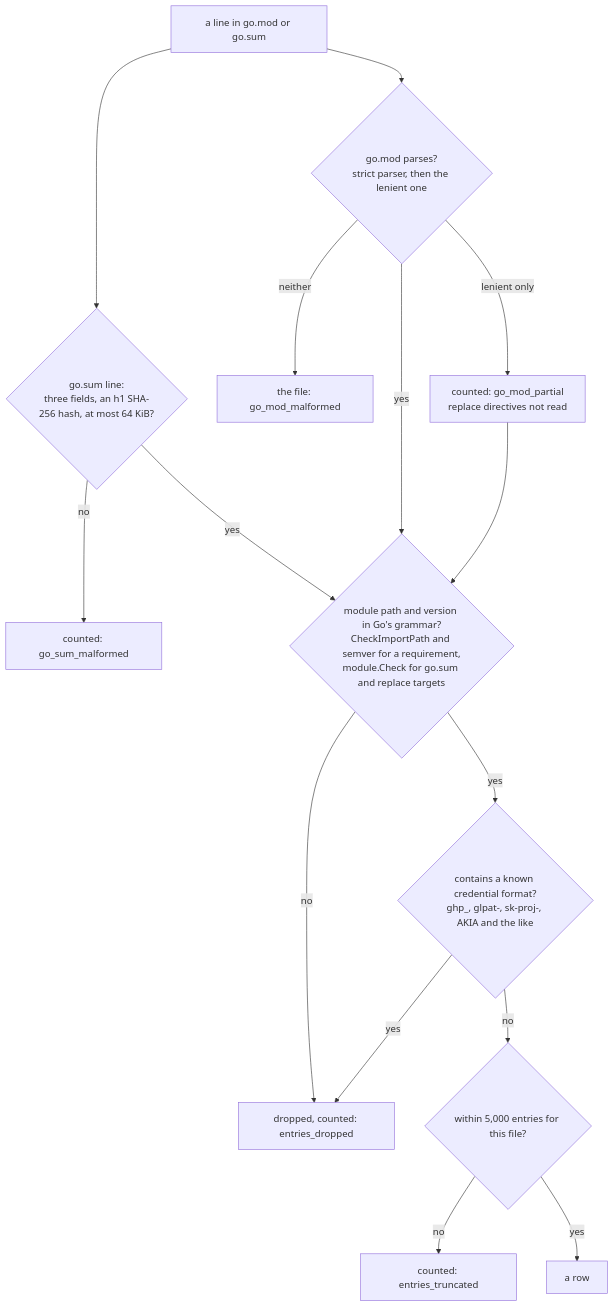
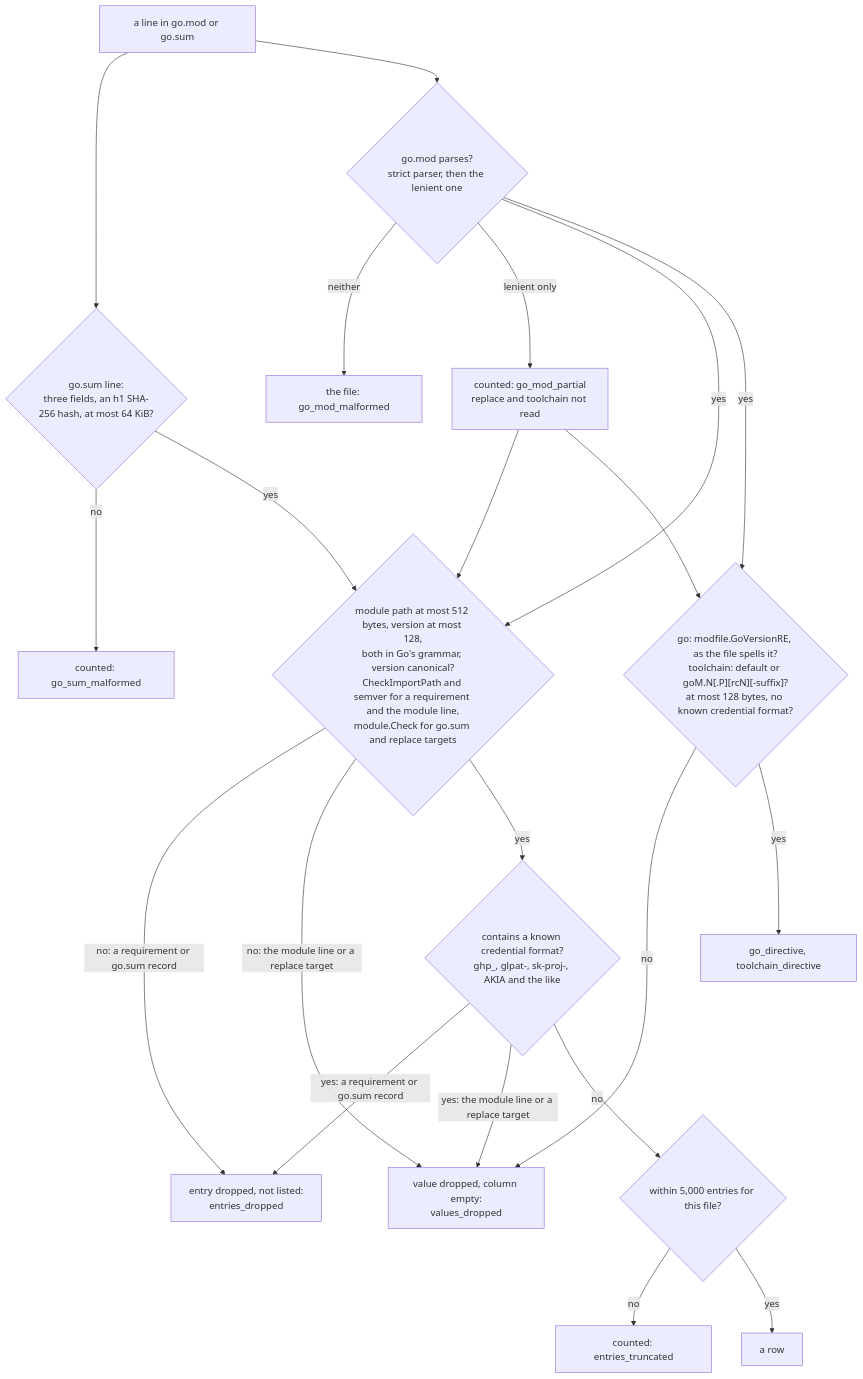
Before and after one commit to macadmins/osquery-extension: the diagram in tables/go_modules/README.md, drawn with Mermaid. The commit also changed other lines of this file and 91 other files, not shown here.

````diff
--- a/tables/go_modules/README.md
+++ b/tables/go_modules/README.md
@@ -104,17 +135,23 @@
 ```mermaid
 flowchart TD
     L["a line in go.mod or go.sum"] --> GS{"go.sum line:<br/>three fields, an h1 SHA-256 hash, at most 64 KiB?"}
     GS -- no --> MAL["counted: go_sum_malformed"]
     GS -- yes --> GR
     L --> GM{"go.mod parses?<br/>strict parser, then the lenient one"}
     GM -- neither --> GMM["the file: go_mod_malformed"]
-    GM -- lenient only --> GMP["counted: go_mod_partial<br/>replace directives not read"]
+    GM -- lenient only --> GMP["counted: go_mod_partial<br/>replace and toolchain not read"]
     GM -- yes --> GR
-    GMP --> GR{"module path and version in Go's grammar?<br/>CheckImportPath and semver for a requirement,<br/>module.Check for go.sum and replace targets"}
-    GR -- no --> DROP["dropped, counted: entries_dropped"]
+    GMP --> GR{"module path at most 512 bytes, version at most 128,<br/>both in Go's grammar, version canonical?<br/>CheckImportPath and semver for a requirement and the module line,<br/>module.Check for go.sum and replace targets"}
+    GMP --> DIR
+    GM -- yes --> DIR{"go: modfile.GoVersionRE, as the file spells it?<br/>toolchain: default or goM.N[.P][rcN][-suffix]?<br/>at most 128 bytes, no known credential format?"}
+    DIR -- no --> VD["value dropped, column empty:<br/>values_dropped"]
+    DIR -- yes --> DCOL["go_directive, toolchain_directive"]
+    GR -- "no: a requirement or go.sum record" --> DROP["entry dropped, not listed:<br/>entries_dropped"]
+    GR -- "no: the module line or a replace target" --> VD
     GR -- yes --> CR{"contains a known credential format?<br/>ghp_, glpat-, sk-proj-, AKIA and the like"}
-    CR -- yes --> DROP
+    CR -- "yes: a requirement or go.sum record" --> DROP
+    CR -- "yes: the module line or a replace target" --> VD
     CR -- no --> CAP{"within 5,000 entries for this file?"}
     CAP -- no --> TR["counted: entries_truncated"]
     CAP -- yes --> ROW["a row"]
 ```
````
